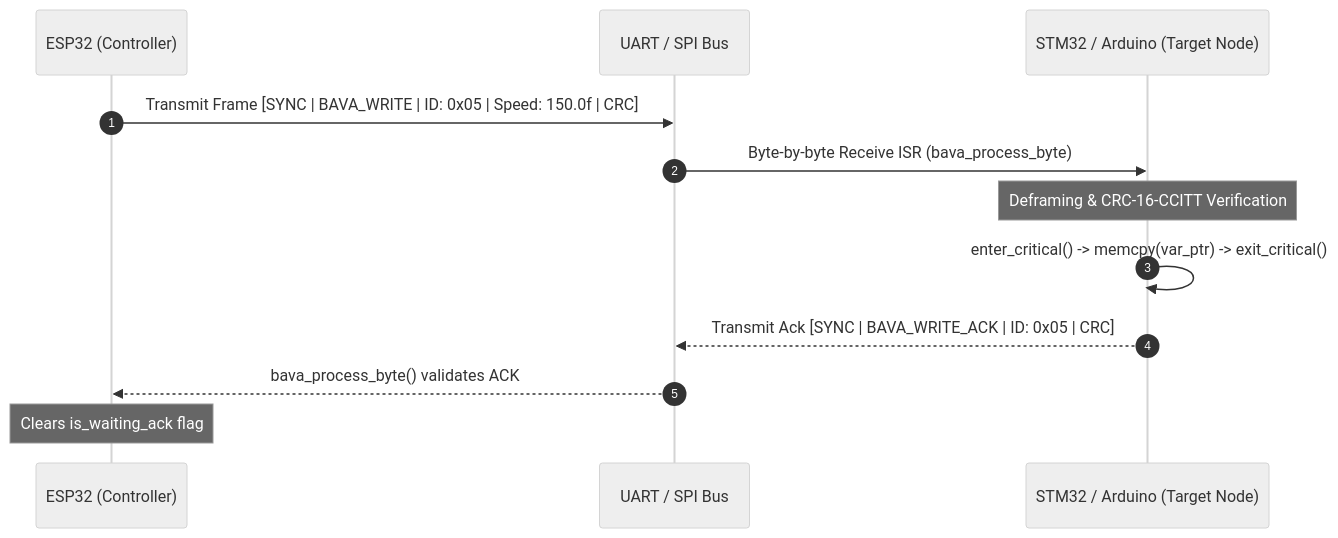
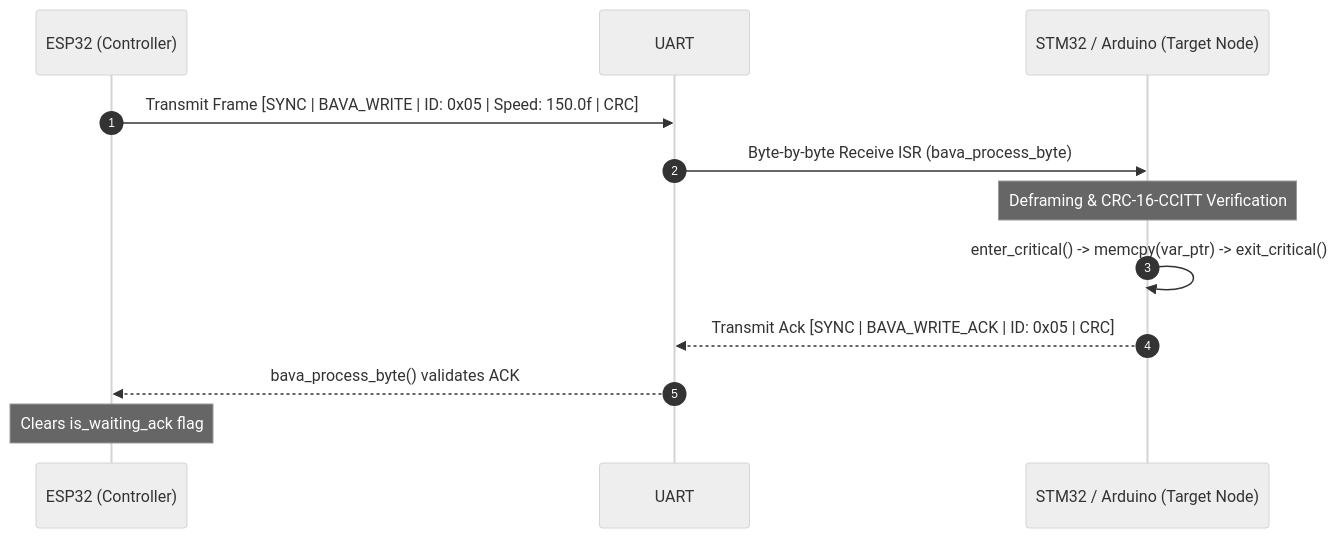
The diagram in README.md (NishanthRaj707/bavaprotocol), drawn with Mermaid (neutral theme) before and after one commit. The commit also changed other lines of this file and 9 other files, not shown here.

````diff
--- a/README.md
+++ b/README.md
@@ -85,15 +87,15 @@
 ```mermaid
 sequenceDiagram
     autonumber
     participant ESP32 as ESP32 (Controller)
-    participant Bus as UART / SPI Bus
+    participant Bus as UART
     participant STM32 as STM32 / Arduino (Target Node)
 
     ESP32->>Bus: Transmit Frame [SYNC | BAVA_WRITE | ID: 0x05 | Speed: 150.0f | CRC]
     Bus->>STM32: Byte-by-byte Receive ISR (bava_process_byte)
     Note over STM32: Deframing & CRC-16-CCITT Verification
     STM32->>STM32: enter_critical() -> memcpy(var_ptr) -> exit_critical()
     STM32-->>Bus: Transmit Ack [SYNC | BAVA_WRITE_ACK | ID: 0x05 | CRC]
     Bus-->>ESP32: bava_process_byte() validates ACK
     Note over ESP32: Clears is_waiting_ack flag
 ```
````
